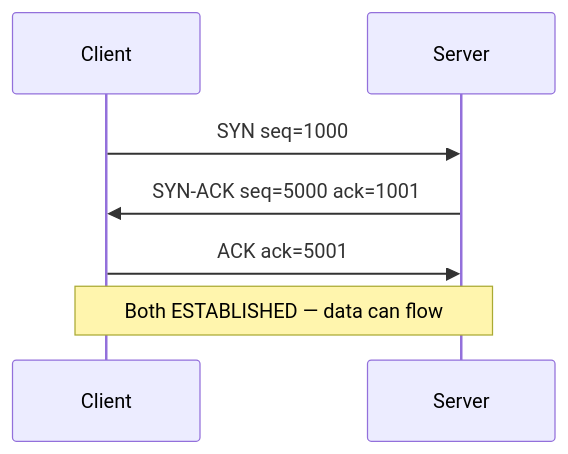
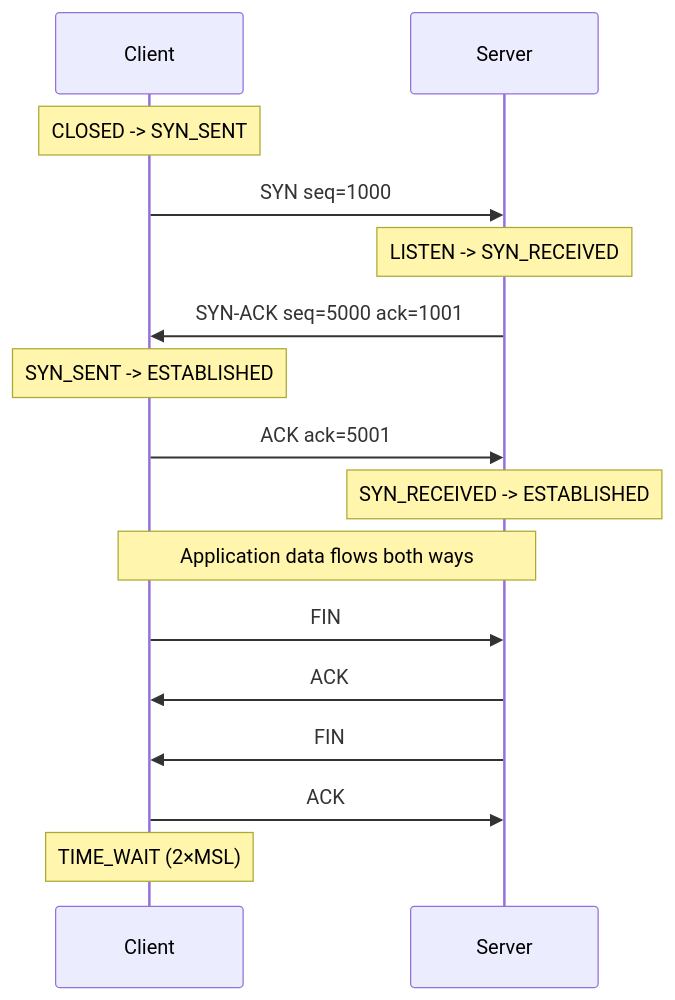
One commit to hareramcse/SystemDesign changed the fourth of 25 diagrams in 01-networking/README.md. Above: the diagram before and after it, drawn with Mermaid. The commit also changed other lines of this file, not shown here.

````diff
--- a/01-networking/README.md
+++ b/01-networking/README.md
@@ -285,9 +267,18 @@
 ```mermaid
 sequenceDiagram
     participant C as Client
     participant S as Server
+    Note over C: CLOSED -> SYN_SENT
     C->>S: SYN seq=1000
+    Note over S: LISTEN -> SYN_RECEIVED
     S->>C: SYN-ACK seq=5000 ack=1001
+    Note over C: SYN_SENT -> ESTABLISHED
     C->>S: ACK ack=5001
-    Note over C,S: Both ESTABLISHED — data can flow
+    Note over S: SYN_RECEIVED -> ESTABLISHED
+    Note over C,S: Application data flows both ways
+    C->>S: FIN
+    S->>C: ACK
+    S->>C: FIN
+    C->>S: ACK
+    Note over C: TIME_WAIT (2×MSL)
 ```
````
